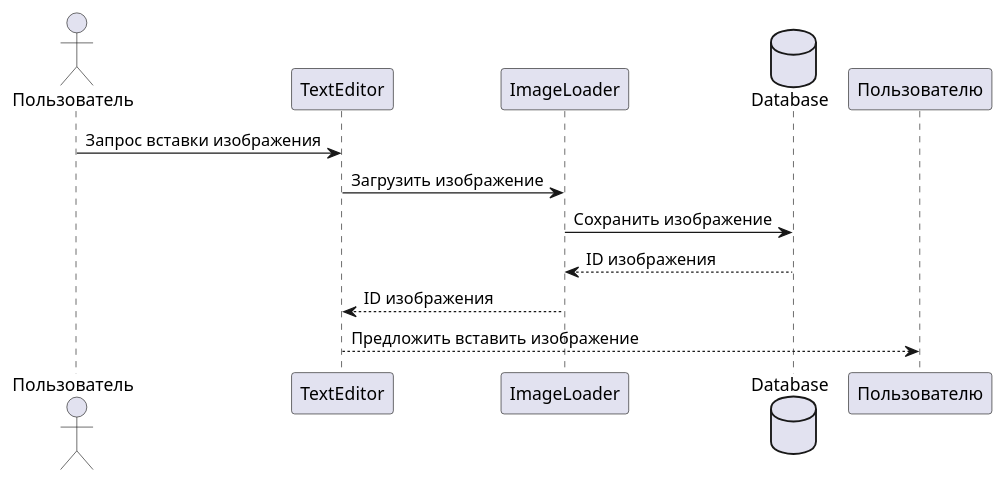
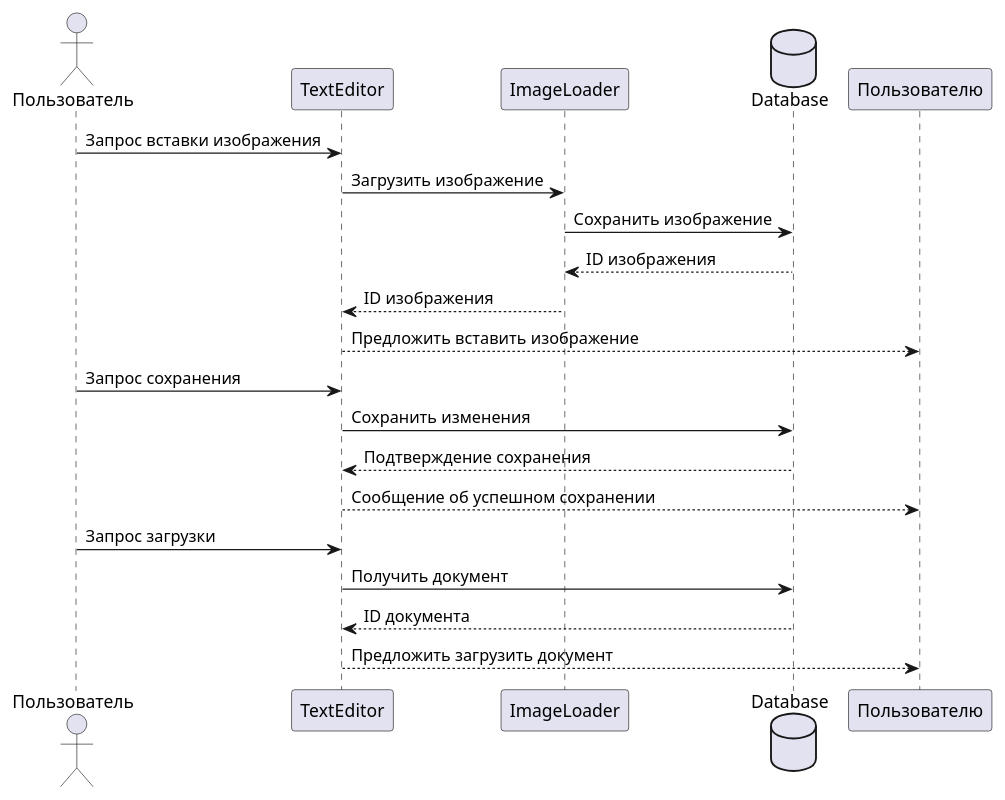
One commit to d0pus/-_6- changed the diagram in pr2/1.puml. Above: the diagram before and after it, drawn with PlantUML.

```diff
--- a/pr2/1.puml
+++ b/pr2/1.puml
@@ -1,13 +1,23 @@
 @startuml
 actor Пользователь
 participant TextEditor
 participant ImageLoader
 database Database
 
 Пользователь -> TextEditor: Запрос вставки изображения
 TextEditor -> ImageLoader: Загрузить изображение
 ImageLoader -> Database: Сохранить изображение
 Database --> ImageLoader: ID изображения
 ImageLoader --> TextEditor: ID изображения
 TextEditor --> Пользователю: Предложить вставить изображение
+
+Пользователь -> TextEditor: Запрос сохранения
+TextEditor -> Database: Сохранить изменения
+Database --> TextEditor: Подтверждение сохранения
+TextEditor --> Пользователю: Сообщение об успешном сохранении
+
+Пользователь -> TextEditor: Запрос загрузки
+TextEditor -> Database: Получить документ
+Database --> TextEditor: ID документа
+TextEditor --> Пользователю: Предложить загрузить документ
 @enduml
```
